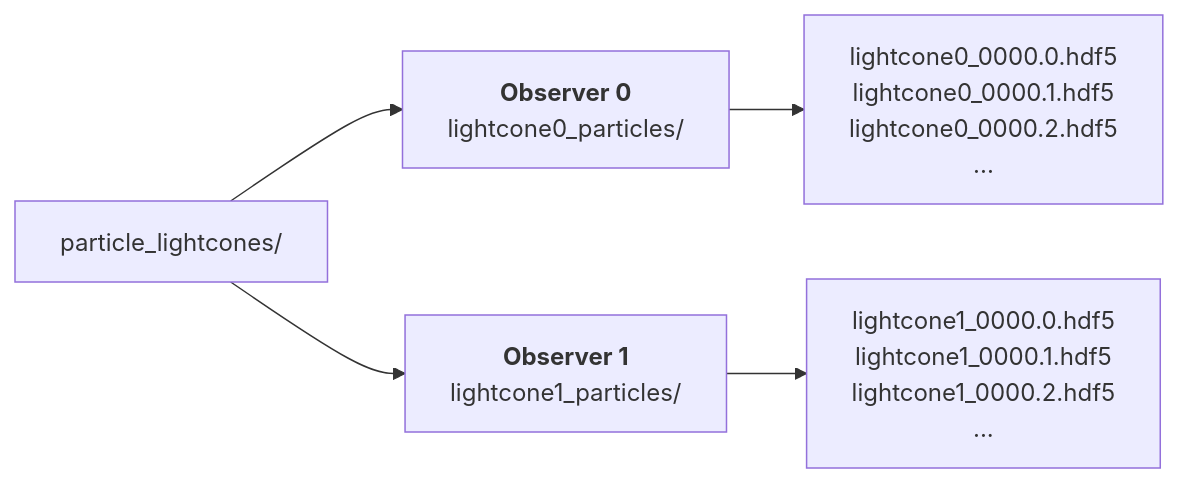
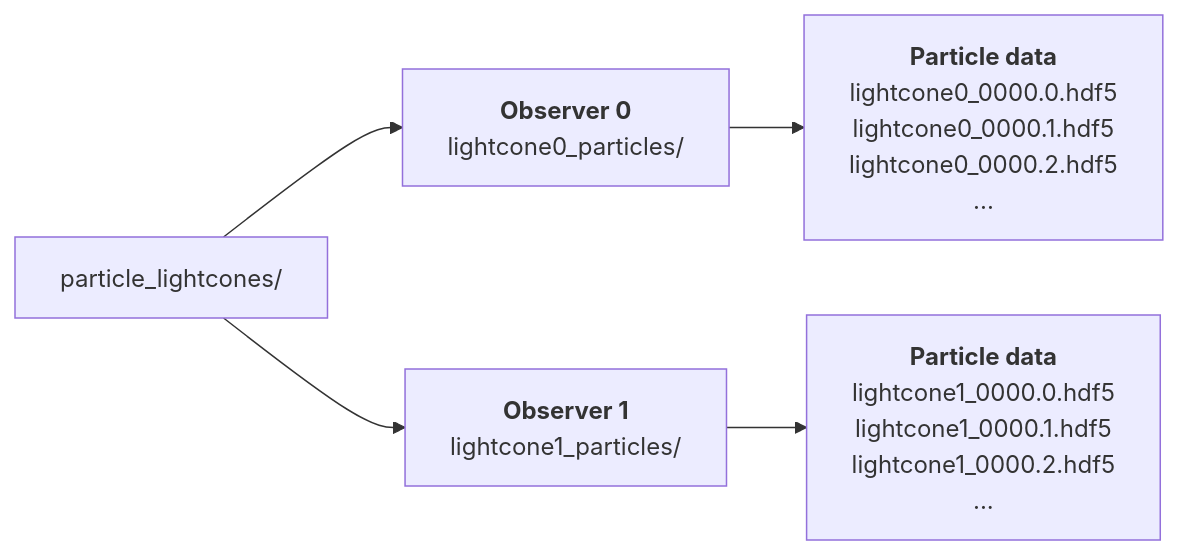
One commit to jchelly/flamingo-docs changed the diagram in source/lightcones/particle_lightcone_layout.rst. Above: the diagram before and after it, drawn with Mermaid. The commit also changed 1 other file, not shown here.

Commit message:
Add some labels in layout flowcharts

```diff
--- a/source/lightcones/particle_lightcone_layout.rst
+++ b/source/lightcones/particle_lightcone_layout.rst
@@ -14,21 +14,21 @@
 .. mermaid::
 
    flowchart LR
      lcp["particle_lightcones/"]
 
      lcp --> obs0["`**Observer 0**
      lightcone0_particles/`"]
      lcp --> obs1["`**Observer 1**
      lightcone1_particles/`"]
 
-     obs0 --> data0["lightcone0_0000.0.hdf5
+     obs0 --> data0["`**Particle data**
+     lightcone0_0000.0.hdf5
      lightcone0_0000.1.hdf5
      lightcone0_0000.2.hdf5
-     ...
-     "]
+     ...`"]
 
-     obs1 --> data1["lightcone1_0000.0.hdf5
+     obs1 --> data1["`**Particle data**
+     lightcone1_0000.0.hdf5
      lightcone1_0000.1.hdf5
      lightcone1_0000.2.hdf5
-     ...
-     "]
+     ...`"]
```
